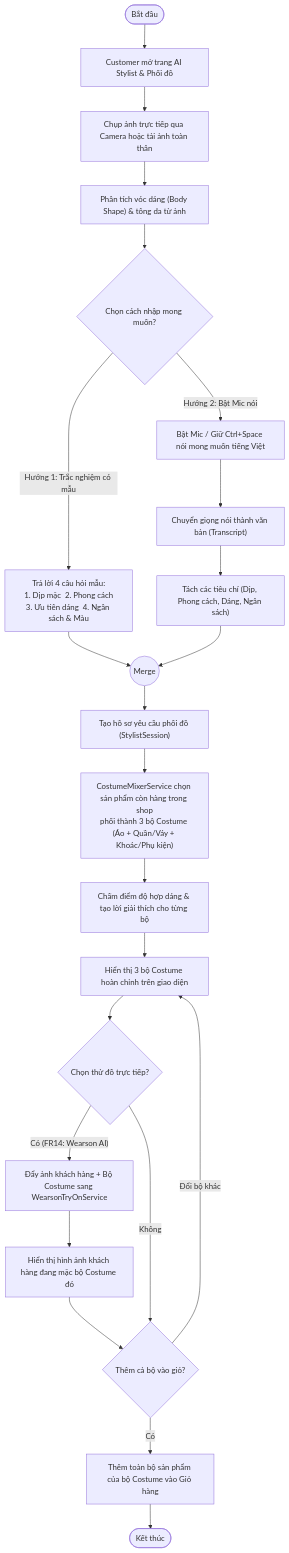
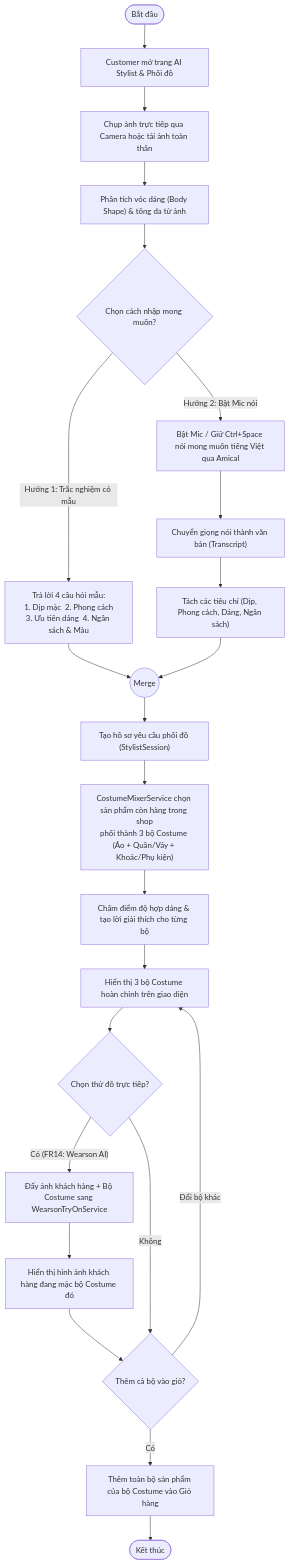
The fourth of 13 diagrams in SYSTEM_DESIGN_LOCKED.md (Nguyen-Kim-An/Phan_Tich_Thiet_Ke), drawn with Mermaid before and after one commit. The commit also changed other lines of this file and 6 other files, not shown here.

Commit message:
feat(voice): chuyen doi tu Mumble sang Amical AI Desktop Voice

````diff
--- a/SYSTEM_DESIGN_LOCKED.md
+++ b/SYSTEM_DESIGN_LOCKED.md
@@ -293,32 +293,32 @@
 ```mermaid
 flowchart TD
     StartStylist([Bắt đầu]) --> OpenStudio["Customer mở trang AI Stylist & Phối đồ"]
     OpenStudio --> CaptureBody["Chụp ảnh trực tiếp qua Camera hoặc tải ảnh toàn thân"]
     CaptureBody --> AnalyzeBody["Phân tích vóc dáng (Body Shape) & tông da từ ảnh"]
     AnalyzeBody --> InputDecision{"Chọn cách nhập mong muốn?"}
 
     %% Nhánh 1: 3-4 câu hỏi mẫu
     InputDecision -- "Hướng 1: Trắc nghiệm có mẫu" --> AnswerQuiz["Trả lời 4 câu hỏi mẫu:\n1. Dịp mặc  2. Phong cách\n3. Ưu tiên dáng  4. Ngân sách & Màu"]
     AnswerQuiz --> MergePref(("Merge"))
 
-    %% Nhánh 2: Bật Mic nói (Mumble Voice)
-    InputDecision -- "Hướng 2: Bật Mic nói" --> RecordVoice["Bật Mic / Giữ Ctrl+Space nói mong muốn tiếng Việt"]
+    %% Nhánh 2: Bật Mic nói (Amical AI Voice)
+    InputDecision -- "Hướng 2: Bật Mic nói" --> RecordVoice["Bật Mic / Giữ Ctrl+Space nói mong muốn tiếng Việt qua Amical"]
     RecordVoice --> SpeechToText["Chuyển giọng nói thành văn bản (Transcript)"]
     SpeechToText --> ParseVoicePref["Tách các tiêu chí (Dịp, Phong cách, Dáng, Ngân sách)"]
     ParseVoicePref --> MergePref
 
     %% Hội tụ & Phối nhiều bộ Costume
     MergePref --> BuildStylistReq["Tạo hồ sơ yêu cầu phối đồ (StylistSession)"]
     BuildStylistReq --> MixOutfits["CostumeMixerService chọn sản phẩm còn hàng trong shop\nphối thành 3 bộ Costume (Áo + Quần/Váy + Khoác/Phụ kiện)"]
     MixOutfits --> RankOutfits["Chấm điểm độ hợp dáng & tạo lời giải thích cho từng bộ"]
     RankOutfits --> ShowCostumes["Hiển thị 3 bộ Costume hoàn chỉnh trên giao diện"]
 
     ShowCostumes --> TryOnChoice{"Chọn thử đồ trực tiếp?"}
     TryOnChoice -- "Có (FR14: Wearson AI)" --> RunWearson["Đẩy ảnh khách hàng + Bộ Costume sang WearsonTryOnService"]
     RunWearson --> DisplayPreview["Hiển thị hình ảnh khách hàng đang mặc bộ Costume đó"]
     DisplayPreview --> BuyChoice{"Thêm cả bộ vào giỏ?"}
     TryOnChoice -- "Không" --> BuyChoice
 
     BuyChoice -- "Có" --> BatchAddCart["Thêm toàn bộ sản phẩm của bộ Costume vào Giỏ hàng"] --> EndStylist([Kết thúc])
     BuyChoice -- "Đổi bộ khác" --> ShowCostumes
 ```
````
